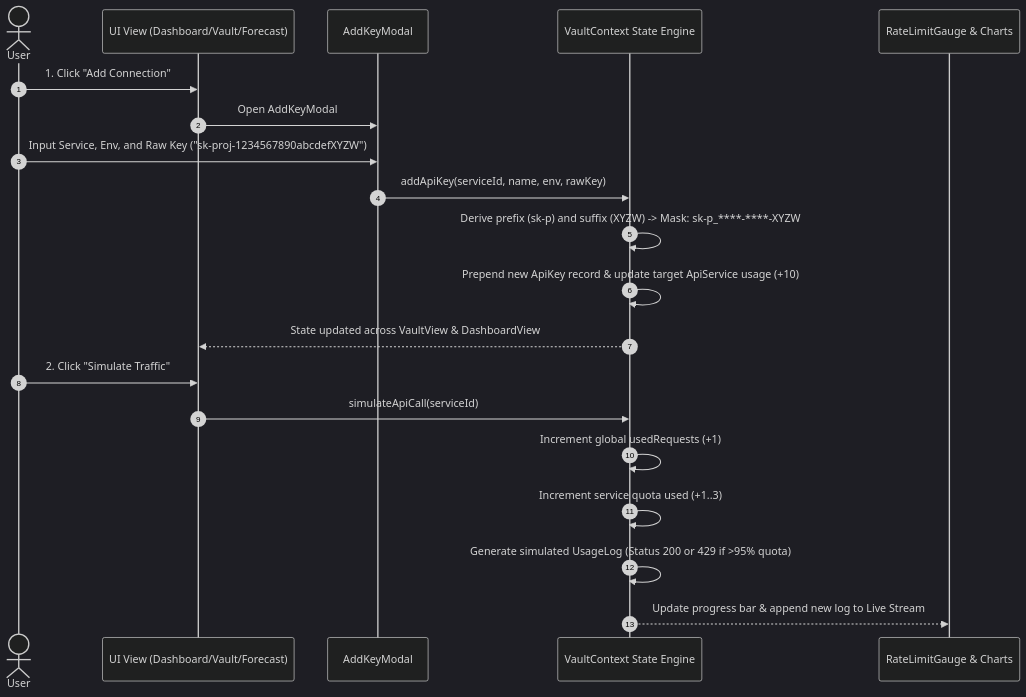
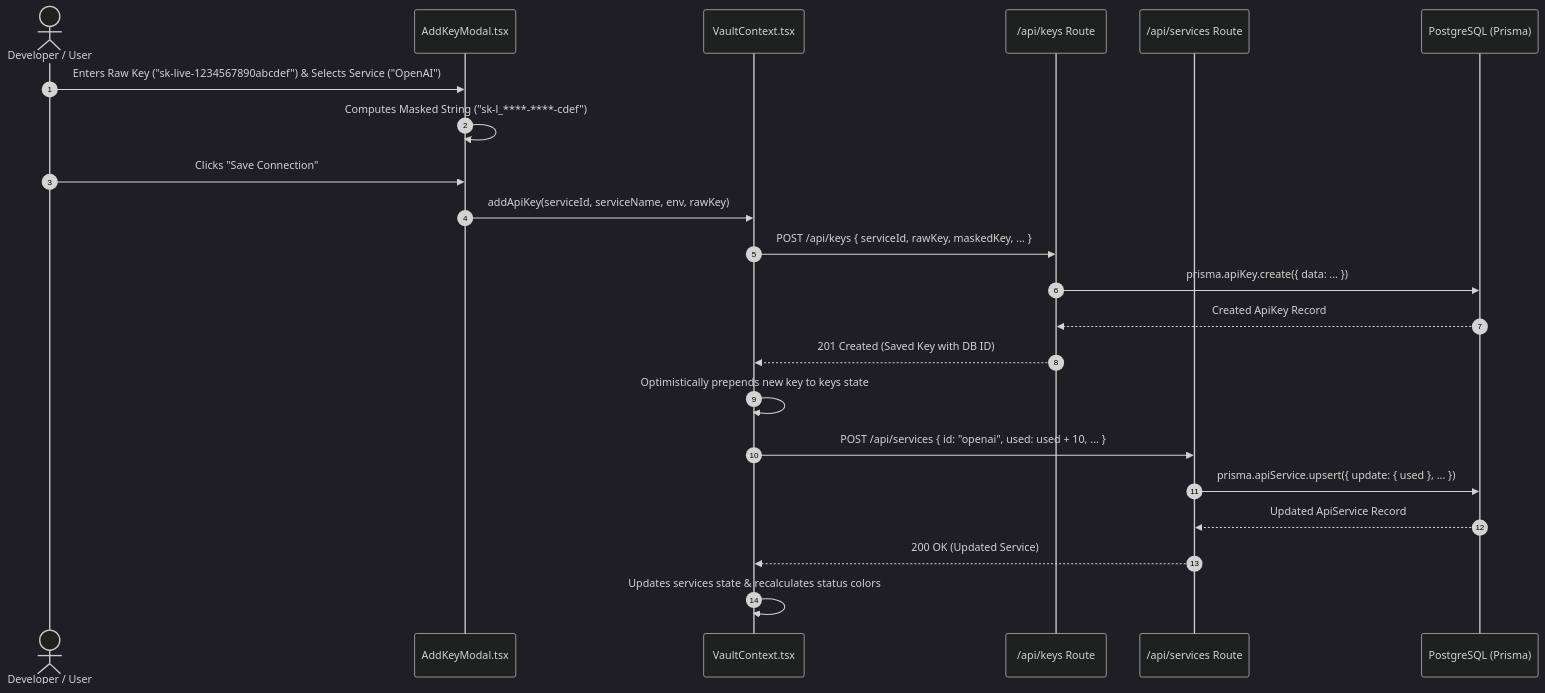
One commit to VenkataTejeshReddy/KEY_VAULT changed the second of 5 diagrams in ARCHITECTURE.md. Above: the diagram before and after it, drawn with Mermaid (dark theme). The commit also changed other lines of this file and 20 other files, not shown here.

````diff
--- a/ARCHITECTURE.md
+++ b/ARCHITECTURE.md
@@ -109,24 +139,25 @@
 ```mermaid
 sequenceDiagram
     autonumber
-    actor User
-    participant View as UI View (Dashboard/Vault/Forecast)
-    participant Modal as AddKeyModal
-    participant Context as VaultContext State Engine
-    participant Gauge as RateLimitGauge & Charts
+    actor Dev as Developer / User
+    participant UI as AddKeyModal.tsx
+    participant Ctx as VaultContext.tsx
+    participant API as /api/keys Route
+    participant SvcAPI as /api/services Route
+    participant DB as PostgreSQL (Prisma)
 
-    User->>View: 1. Click "Add Connection"
-    View->>Modal: Open AddKeyModal
-    User->>Modal: Input Service, Env, and Raw Key ("sk-proj-1234567890abcdefXYZW")
-    Modal->>Context: addApiKey(serviceId, name, env, rawKey)
-    Context->>Context: Derive prefix (sk-p) and suffix (XYZW) -> Mask: sk-p_****-****-XYZW
-    Context->>Context: Prepend new ApiKey record & update target ApiService usage (+10)
-    Context-->>View: State updated across VaultView & DashboardView
-
-    User->>View: 2. Click "Simulate Traffic"
-    View->>Context: simulateApiCall(serviceId)
-    Context->>Context: Increment global usedRequests (+1)
-    Context->>Context: Increment service quota used (+1..3)
-    Context->>Context: Generate simulated UsageLog (Status 200 or 429 if >95% quota)
-    Context-->>Gauge: Update progress bar & append new log to Live Stream
+    Dev->>UI: Enters Raw Key ("sk-live-1234567890abcdef") & Selects Service ("OpenAI")
+    UI->>UI: Computes Masked String ("sk-l_****-****-cdef")
+    Dev->>UI: Clicks "Save Connection"
+    UI->>Ctx: addApiKey(serviceId, serviceName, env, rawKey)
+    Ctx->>API: POST /api/keys { serviceId, rawKey, maskedKey, ... }
+    API->>DB: prisma.apiKey.create({ data: ... })
+    DB-->>API: Created ApiKey Record
+    API-->>Ctx: 201 Created (Saved Key with DB ID)
+    Ctx->>Ctx: Optimistically prepends new key to keys state
+    Ctx->>SvcAPI: POST /api/services { id: "openai", used: used + 10, ... }
+    SvcAPI->>DB: prisma.apiService.upsert({ update: { used }, ... })
+    DB-->>SvcAPI: Updated ApiService Record
+    SvcAPI-->>Ctx: 200 OK (Updated Service)
+    Ctx->>Ctx: Updates services state & recalculates status colors
 ```
````
